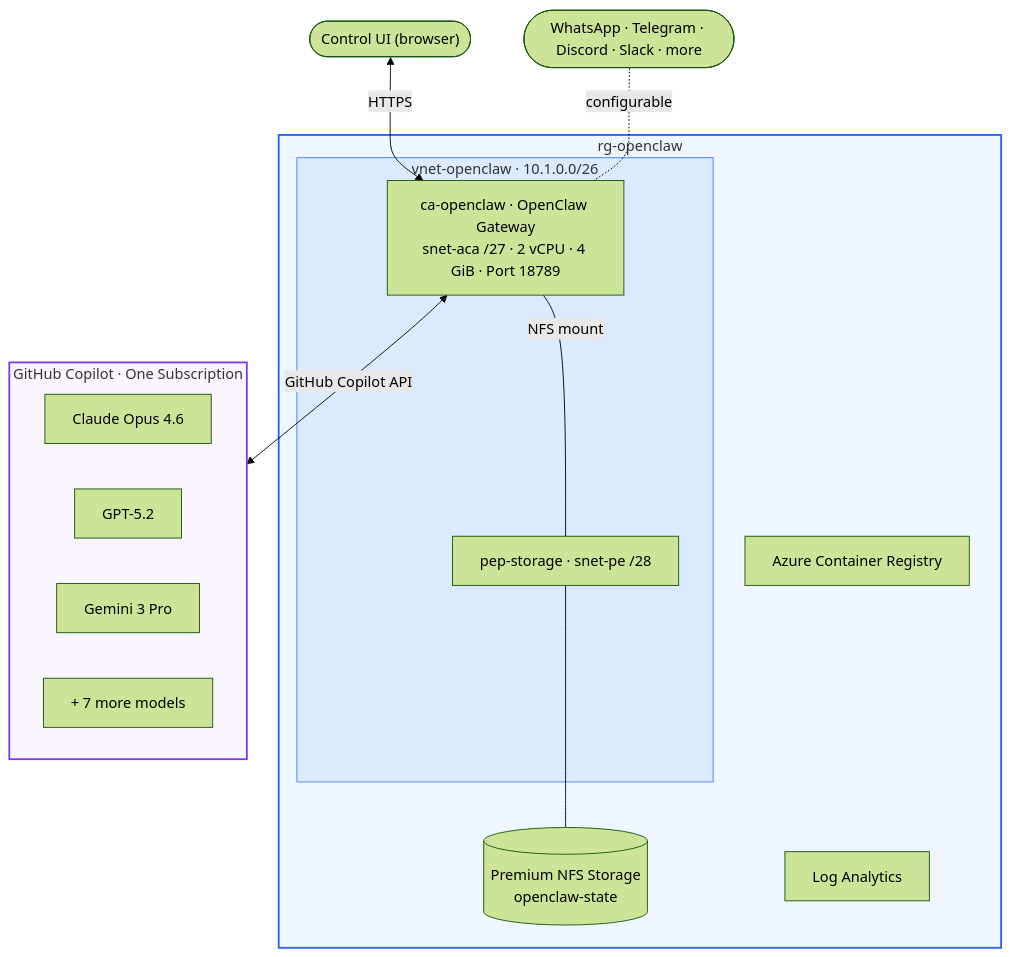
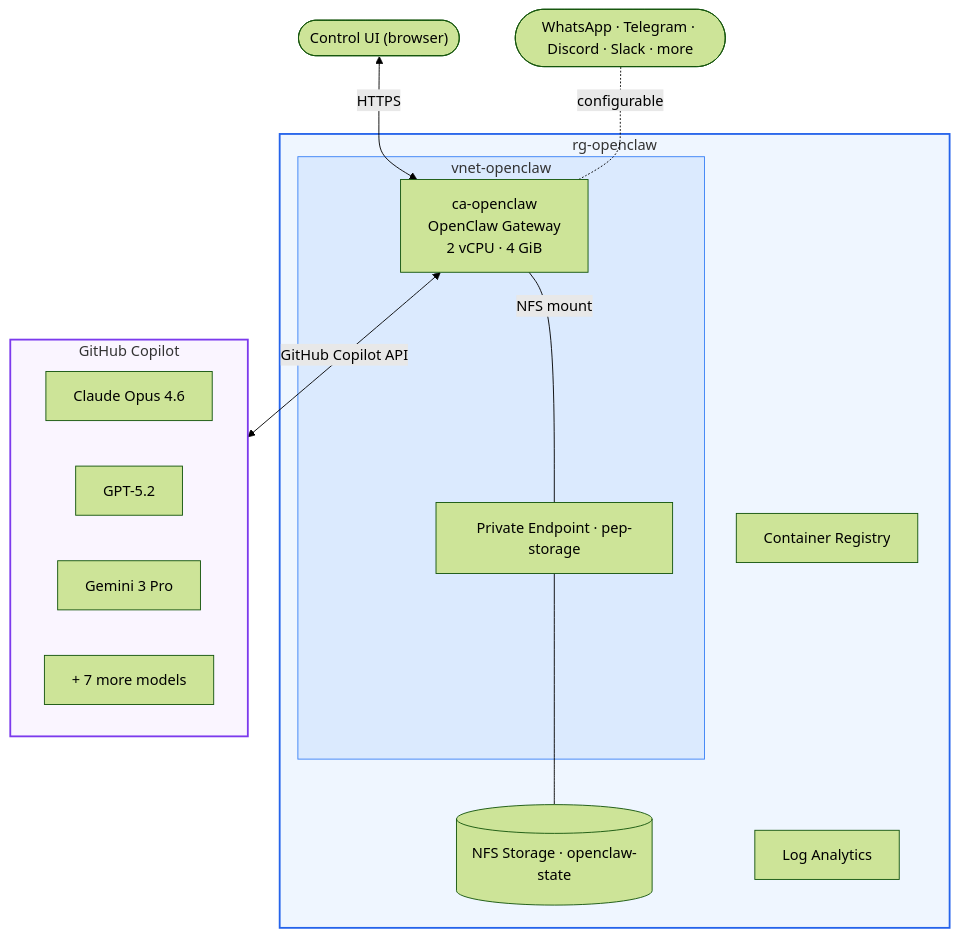
The diagram in README.md (spiroskon/openclaw-azure-containerapps), drawn with Mermaid (forest theme) before and after one commit.

Commit message:
docs: tighten architecture diagram labels for cleaner rendering

````diff
--- a/README.md
+++ b/README.md
@@ -79,30 +79,30 @@
 ```mermaid
 flowchart TB
     cui(["Control UI (browser)"])
     ch(["WhatsApp · Telegram · Discord · Slack · more"])
     cui <-->|HTTPS| gw
     ch -.-|configurable| gw
 
     subgraph azure["rg-openclaw"]
-        subgraph vnet["vnet-openclaw · 10.1.0.0/26"]
-            gw["ca-openclaw · OpenClaw Gateway<br/>snet-aca /27 · 2 vCPU · 4 GiB · Port 18789"]
-            pe["pep-storage · snet-pe /28"]
+        subgraph vnet["vnet-openclaw"]
+            gw["ca-openclaw<br/>OpenClaw Gateway<br/>2 vCPU · 4 GiB"]
+            pe["Private Endpoint · pep-storage"]
+            gw ---|NFS mount| pe
         end
-        gw ---|NFS mount| pe
-        pe --- nfs[("Premium NFS Storage<br/>openclaw-state")]
-        acr["Azure Container Registry"] ~~~ logs["Log Analytics"]
+        pe --- nfs[("NFS Storage · openclaw-state")]
+        acr["Container Registry"] ~~~ logs["Log Analytics"]
     end
 
     gw <-->|GitHub Copilot API| copilot
 
-    subgraph copilot["GitHub Copilot · One Subscription"]
+    subgraph copilot["GitHub Copilot"]
         opus["Claude Opus 4.6"]
         gpt["GPT-5.2"]
         gem["Gemini 3 Pro"]
         more2["+ 7 more models"]
     end
 
     style azure fill:#eff6ff,stroke:#2563eb,stroke-width:2px
     style vnet fill:#dbeafe,stroke:#3b82f6,stroke-width:1px
     style copilot fill:#faf5ff,stroke:#7c3aed,stroke-width:2px
 ```
````
